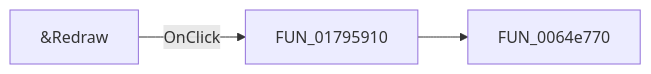
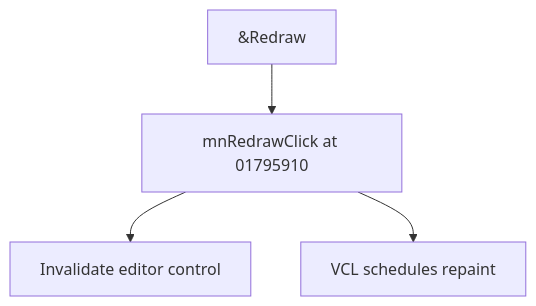
One commit to MovGP0/TIARA changed the diagram in docs/ui-controls/shapeedit/mnredraw-5ae33cea51.md. Above: the diagram before and after it, drawn with Mermaid. The commit also changed other lines of this file and 1062 other files, not shown here.

````diff
--- a/docs/ui-controls/shapeedit/mnredraw-5ae33cea51.md
+++ b/docs/ui-controls/shapeedit/mnredraw-5ae33cea51.md
@@ -27,5 +25,6 @@
 ```mermaid
-flowchart LR
-    control["&Redraw"] -->|OnClick| handler["FUN_01795910"]
-    handler --> call1["FUN_0064e770"]
+flowchart TD
+    control["&Redraw"] --> handler["mnRedrawClick at 01795910"]
+    handler --> step1["Invalidate editor control"]
+    handler --> step2["VCL schedules repaint"]
 ```
````
